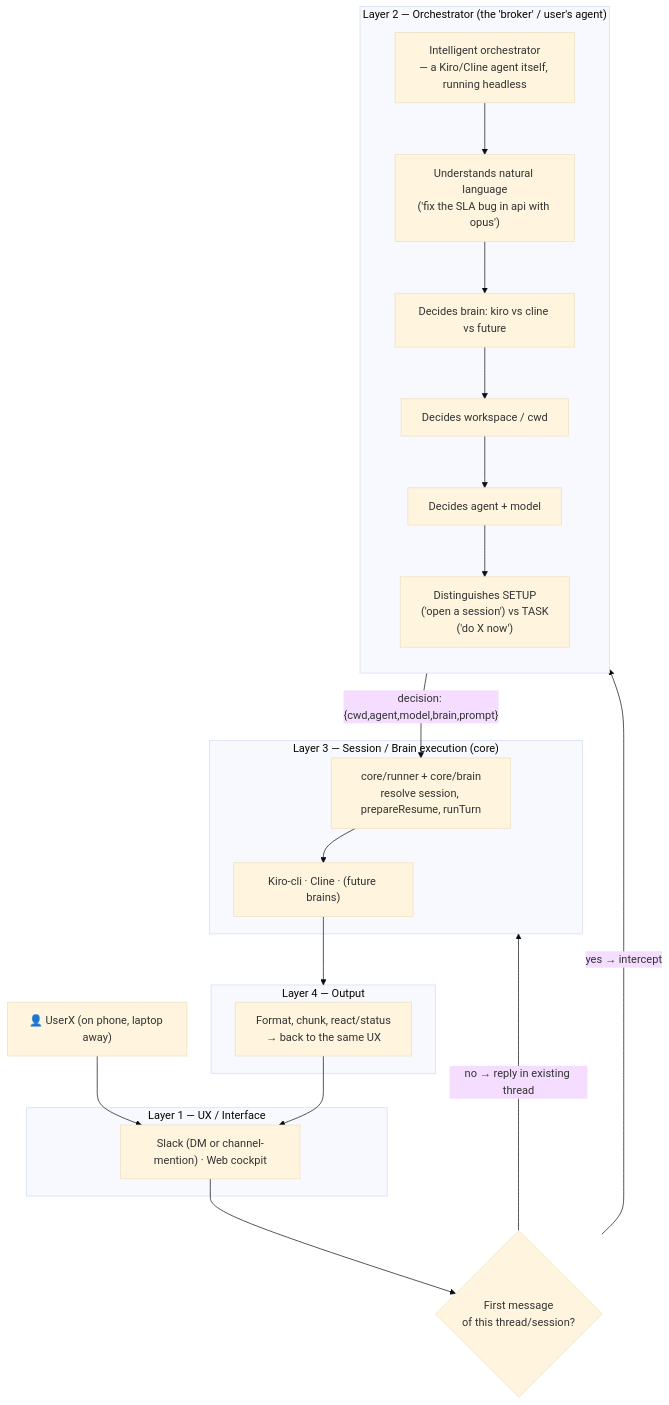
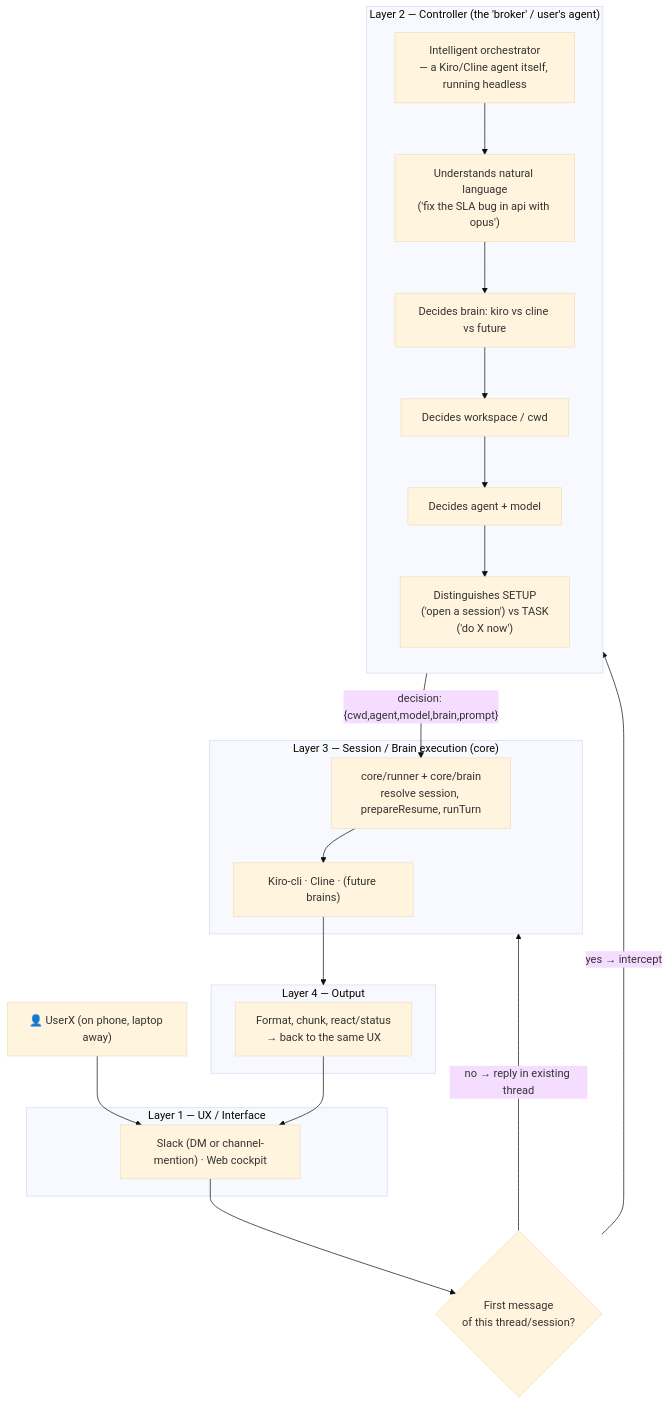
The diagram in plans/architecture/architecture.md (rupeshcash/cli-controller), drawn with Mermaid (base theme) before and after one commit. The commit also changed other lines of this file and 10 other files, not shown here.

````diff
--- a/plans/architecture/architecture.md
+++ b/plans/architecture/architecture.md
@@ -20,38 +52,38 @@
 ```mermaid
 flowchart TD
     U["👤 UserX (on phone, laptop away)"] --> UX
 
     subgraph L1["Layer 1 — UX / Interface"]
         UX["Slack (DM or channel-mention) · Web cockpit"]
     end
 
     UX --> Gate{"First message\nof this thread/session?"}
 
-    subgraph L2["Layer 2 — Orchestrator (the 'broker' / user's agent)"]
+    subgraph L2["Layer 2 — Controller (the 'broker' / user's agent)"]
         direction TB
         Broker["Intelligent orchestrator\n— a Kiro/Cline agent itself, running headless"]
         K1["Understands natural language\n('fix the SLA bug in api with opus')"]
         K2["Decides brain: kiro vs cline vs future"]
         K3["Decides workspace / cwd"]
         K4["Decides agent + model"]
         K5["Distinguishes SETUP\n('open a session') vs TASK\n('do X now')"]
         Broker --> K1 --> K2 --> K3 --> K4 --> K5
     end
 
     Gate -- "yes → intercept" --> Broker
     Gate -- "no → reply in existing thread" --> L3
 
     subgraph L3["Layer 3 — Session / Brain execution (core)"]
         Session["core/runner + core/brain\nresolve session, prepareResume, runTurn"]
         Brains["Kiro-cli · Cline · (future brains)"]
         Session --> Brains
     end
 
     K5 -->|"decision: {cwd,agent,model,brain,prompt}"| Session
     Brains --> L4
 
     subgraph L4["Layer 4 — Output"]
         Out["Format, chunk, react/status\n→ back to the same UX"]
     end
     Out --> UX
 ```
````
